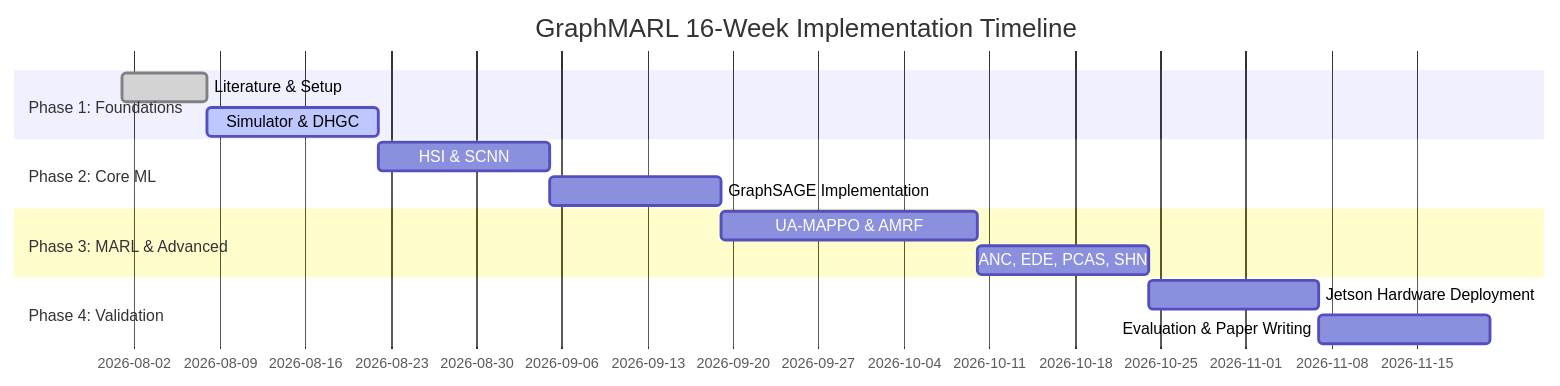
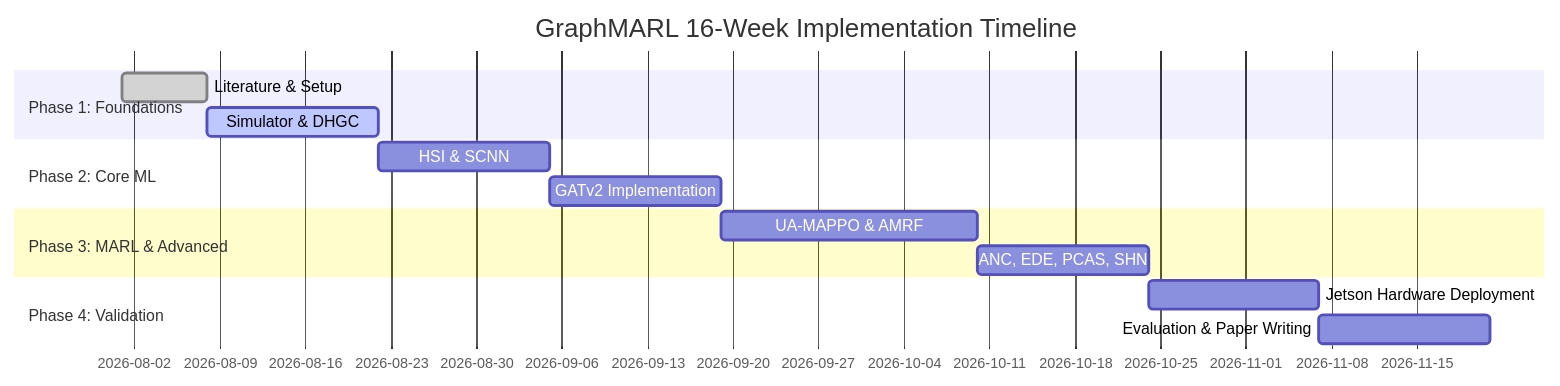
Before and after one commit to Abhishek-2027/Graph-Neural-Multi-Agent-Reinforcement-Learning-for-Fully-Decentralized-Hospital-Edge-Intelligence: the fourth of 4 diagrams in README.md, drawn with Mermaid. The commit also changed other lines of this file and 27 other files, not shown here.

````diff
--- a/README.md
+++ b/README.md
@@ -366,17 +368,17 @@
 ```mermaid
 gantt
     title GraphMARL 16-Week Implementation Timeline
     dateFormat  YYYY-MM-DD
     section Phase 1: Foundations
     Literature & Setup           :done,    des1, 2026-08-01, 7d
     Simulator & DHGC             :active,  des2, 2026-08-08, 14d
     section Phase 2: Core ML
     HSI & SCNN                   :         des3, 2026-08-22, 14d
-    GraphSAGE Implementation     :         des4, 2026-09-05, 14d
+     GATv2 Implementation          :         des4, 2026-09-05, 14d
     section Phase 3: MARL & Advanced
     UA-MAPPO & AMRF              :         des5, 2026-09-19, 21d
     ANC, EDE, PCAS, SHN          :         des6, 2026-10-10, 14d
     section Phase 4: Validation
     Jetson Hardware Deployment   :         des7, 2026-10-24, 14d
     Evaluation & Paper Writing   :         des8, 2026-11-07, 14d
 ```
````
